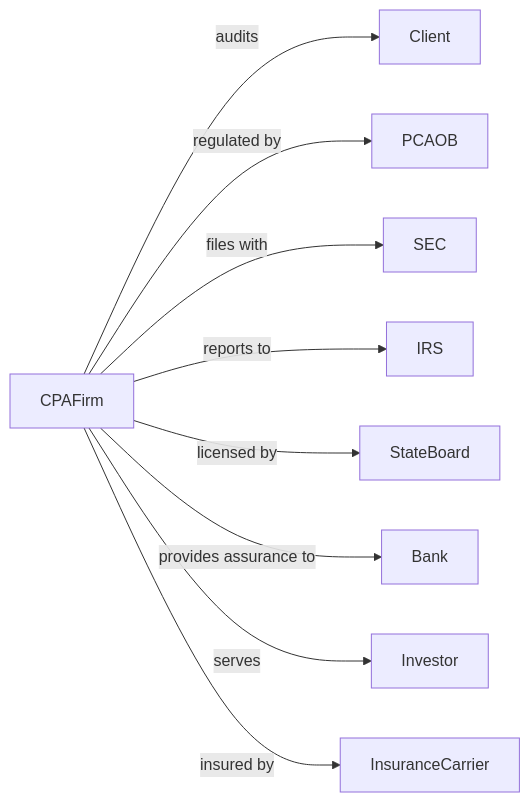
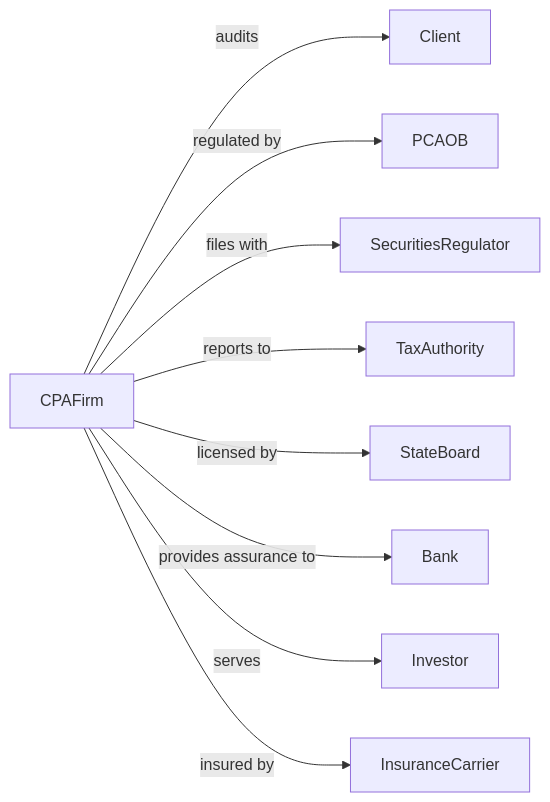
The second of 2 diagrams in Professional/Professional/AccountingTaxPreparationBookkeepingAndPayrollServices/OfficesOfCertifiedPublicAccountants.mdx (dot-org-ai/industries.org.ai), drawn with Mermaid before and after one commit. The commit also changed other lines of this file and 639 other files, not shown here.

````diff
--- a/Professional/Professional/AccountingTaxPreparationBookkeepingAndPayrollServices/OfficesOfCertifiedPublicAccountants.mdx
+++ b/Professional/Professional/AccountingTaxPreparationBookkeepingAndPayrollServices/OfficesOfCertifiedPublicAccountants.mdx
@@ -127,13 +127,13 @@
 ```mermaid
 graph LR
     C[CPAFirm]
 
     C -->|audits| Client
     C -->|regulated by| PCAOB
-    C -->|files with| SEC
-    C -->|reports to| IRS
+    C -->|files with| SecuritiesRegulator
+    C -->|reports to| TaxAuthority
     C -->|licensed by| StateBoard
     C -->|provides assurance to| Bank
     C -->|serves| Investor
     C -->|insured by| InsuranceCarrier
 ```
````
